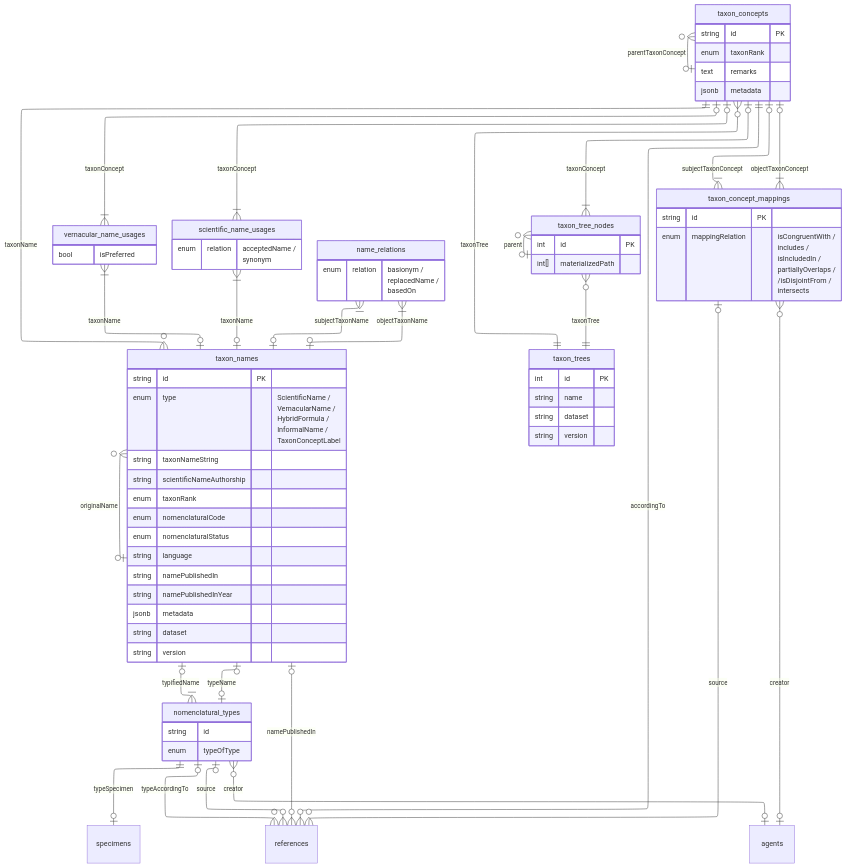
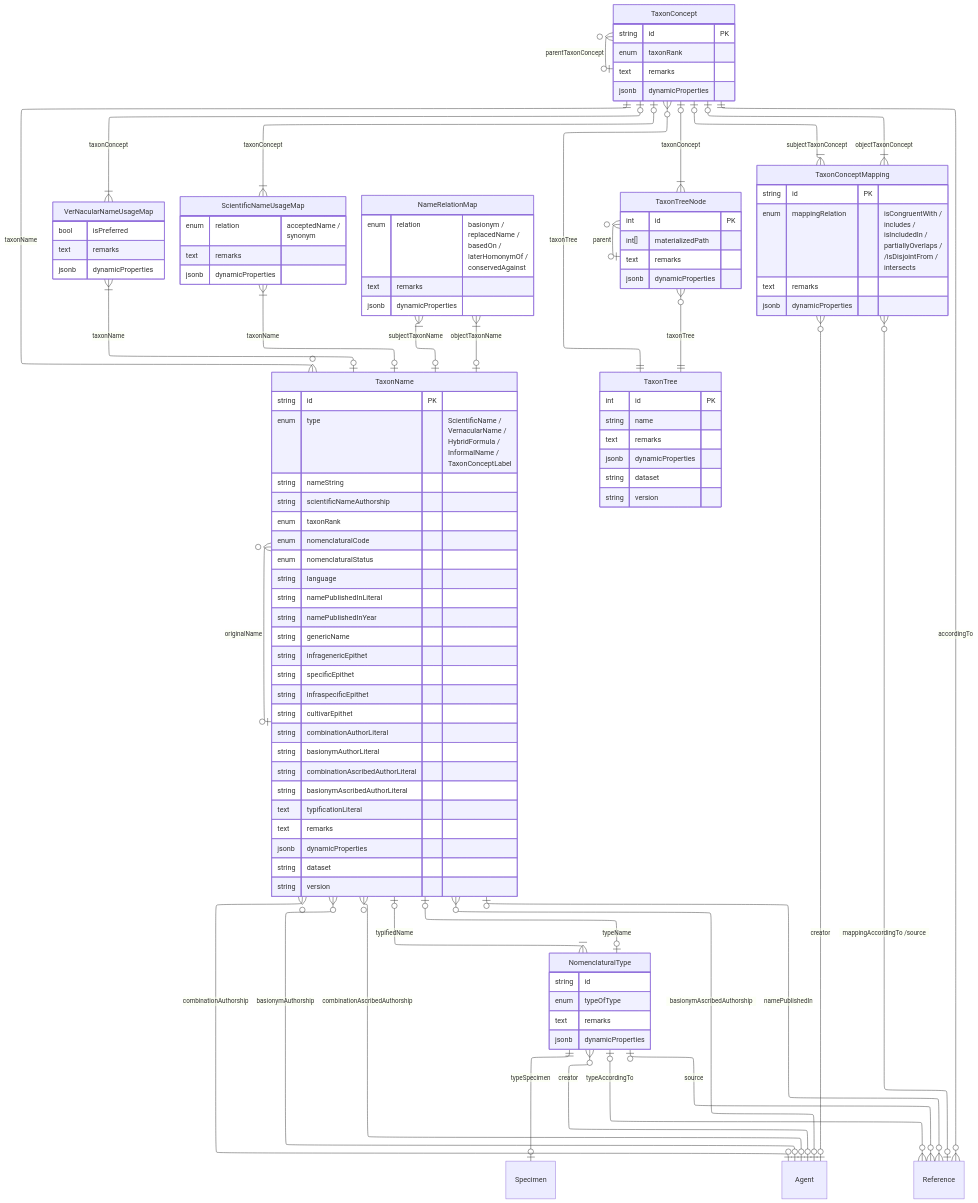
One commit to vicflora/vicflora-docs changed the diagram in source/_mermaid/tcs-dp.mmd. Above: the diagram before and after it, drawn with Mermaid.

Commit message:
Commit uncommitted  changes before deployment

```diff
--- a/source/_mermaid/tcs-dp.mmd
+++ b/source/_mermaid/tcs-dp.mmd
@@ -1,89 +1,119 @@
 ---
 config:
     layout: elk
 ---
 erDiagram
-    taxon_concepts }o--o| taxon_concepts : "parentTaxonConcept"
-    taxon_concepts ||--o{ taxon_names : "taxonName"
-    taxon_concepts |o--|{ vernacular_name_usages : "taxonConcept"
-    vernacular_name_usages }|--o| taxon_names : "taxonName"
-    taxon_concepts |o--|{ scientific_name_usages : "taxonConcept"
-    scientific_name_usages }|--o| taxon_names : "taxonName"
-    taxon_names }o--o| taxon_names : "originalName"
-    taxon_names |o--|{ name_relations : "subjectTaxonName"
-    name_relations }|--o| taxon_names : "objectTaxonName"
-    taxon_concepts }o--|| taxon_trees : "taxonTree"
-    taxon_concepts |o--|{ taxon_tree_nodes : "taxonConcept"
-    taxon_tree_nodes }o--o| taxon_tree_nodes : "parent"
-    taxon_tree_nodes }o--|| taxon_trees : "taxonTree" 
-    taxon_names |o--|{ nomenclatural_types : "typifiedName"
-    nomenclatural_types |o--o| taxon_names : "typeName"
-    nomenclatural_types ||--o| specimens : "typeSpecimen"
-    taxon_concepts |o--|{ taxon_concept_mappings : subjectTaxonConcept
-    taxon_concept_mappings }|--o| taxon_concepts : objectTaxonConcept
+    TaxonConcept }o--o| TaxonConcept : "parentTaxonConcept"
+    TaxonConcept ||--o{ TaxonName : "taxonName"
+    TaxonConcept |o--|{ VerNacularNameUsageMap : "taxonConcept"
+    VerNacularNameUsageMap }|--o| TaxonName : "taxonName"
+    TaxonConcept |o--|{ ScientificNameUsageMap : "taxonConcept"
+    ScientificNameUsageMap }|--o| TaxonName : "taxonName"
+    TaxonName }o--o| TaxonName : "originalName"
+    TaxonName |o--|{ NameRelationMap : "subjectTaxonName"
+    NameRelationMap }|--o| TaxonName : "objectTaxonName"
+    TaxonConcept }o--|| TaxonTree : "taxonTree"
+    TaxonConcept |o--|{ TaxonTreeNode : "taxonConcept"
+    TaxonTreeNode }o--o| TaxonTreeNode : "parent"
+    TaxonTreeNode }o--|| TaxonTree : "taxonTree" 
+    TaxonName |o--|{ NomenclaturalType : "typifiedName"
+    NomenclaturalType |o--o| TaxonName : "typeName"
+    NomenclaturalType ||--o| Specimen : "typeSpecimen"
+    TaxonConcept |o--|{ TaxonConceptMapping : subjectTaxonConcept
+    TaxonConceptMapping }|--o| TaxonConcept : objectTaxonConcept
 
-    taxon_concepts ||--o{ references : accordingTo
-    taxon_names |o--o{ references : namePublishedIn
-    taxon_concept_mappings |o--o{ references : source
-    nomenclatural_types |o--o{ references : typeAccordingTo
-    nomenclatural_types |o--o{ references : source
+    TaxonName }o--o| Agent : combinationAuthorship
+    TaxonName }o--o| Agent : basionymAuthorship
+    TaxonName }o--o| Agent : combinationAscribedAuthorship
+    TaxonName }o--o| Agent : basionymAscribedAuthorship
 
-    taxon_concept_mappings }o--o| agents : creator
-    nomenclatural_types }o--o| agents : creator
+    TaxonConcept ||--o{ Reference : accordingTo
+    TaxonConceptMapping }o--o| Reference : "mappingAccordingTo /source"
+    TaxonName |o--o{ Reference : namePublishedIn
+    NomenclaturalType |o--o{ Reference : typeAccordingTo
+    NomenclaturalType |o--o{ Reference : source
 
-    taxon_concepts {
+    TaxonConceptMapping }o--o| Agent : creator
+    NomenclaturalType }o--o| Agent : creator
+
+    TaxonConcept {
         string id PK
         enum taxonRank
         text remarks
-        jsonb metadata
+        jsonb dynamicProperties
     }
 
-    taxon_names {
+    TaxonName {
         string id PK
         enum type "ScientificName /<br>VernacularName /<br>HybridFormula /<br>InformalName /<br>TaxonConceptLabel"
-        string taxonNameString
+        string nameString
         string scientificNameAuthorship
         enum taxonRank
         enum nomenclaturalCode
         enum nomenclaturalStatus
         string language
-        string namePublishedIn
+        string namePublishedInLiteral
         string namePublishedInYear
-        jsonb metadata
+        string genericName
+        string infragenericEpithet
+        string specificEpithet
+        string infraspecificEpithet
+        string cultivarEpithet
+        string combinationAuthorLiteral
+        string basionymAuthorLiteral
+        string combinationAscribedAuthorLiteral
+        string basionymAscribedAuthorLiteral
+        text typificationLiteral
+        text remarks
+        jsonb dynamicProperties
         string dataset
         string version
     }
 
-    scientific_name_usages {
+    ScientificNameUsageMap {
         enum relation "acceptedName /<br>synonym"
+        text remarks
+        jsonb dynamicProperties
     }
 
-    name_relations {
-        enum relation "basionym /<br>replacedName /<br>basedOn"
+    NameRelationMap {
+        enum relation "basionym /<br>replacedName /<br>basedOn /<br>laterHomonymOf /<br>conservedAgainst"
+        text remarks
+        jsonb dynamicProperties
     }
 
-    taxon_tree_nodes {
+    TaxonTreeNode {
         int id PK
         int[] materializedPath
+        text remarks
+        jsonb dynamicProperties
     }
 
-    taxon_trees {
+    TaxonTree {
         int id PK
         string name
+        text remarks
+        jsonb dynamicProperties
         string dataset
         string version
     }
 
-    taxon_concept_mappings {
+    TaxonConceptMapping {
         string id PK
         enum mappingRelation "isCongruentWith /<br>includes /<br>isIncludedIn /<br>partiallyOverlaps /<br>/isDisjointFrom /<br>intersects"
+        text remarks
+        jsonb dynamicProperties
     }
 
-    nomenclatural_types {
+    NomenclaturalType {
         string id
         enum typeOfType
+        text remarks
+        jsonb dynamicProperties
     }
 
-    vernacular_name_usages {
+    VerNacularNameUsageMap {
         bool isPreferred
+        text remarks
+        jsonb dynamicProperties
     }
```
